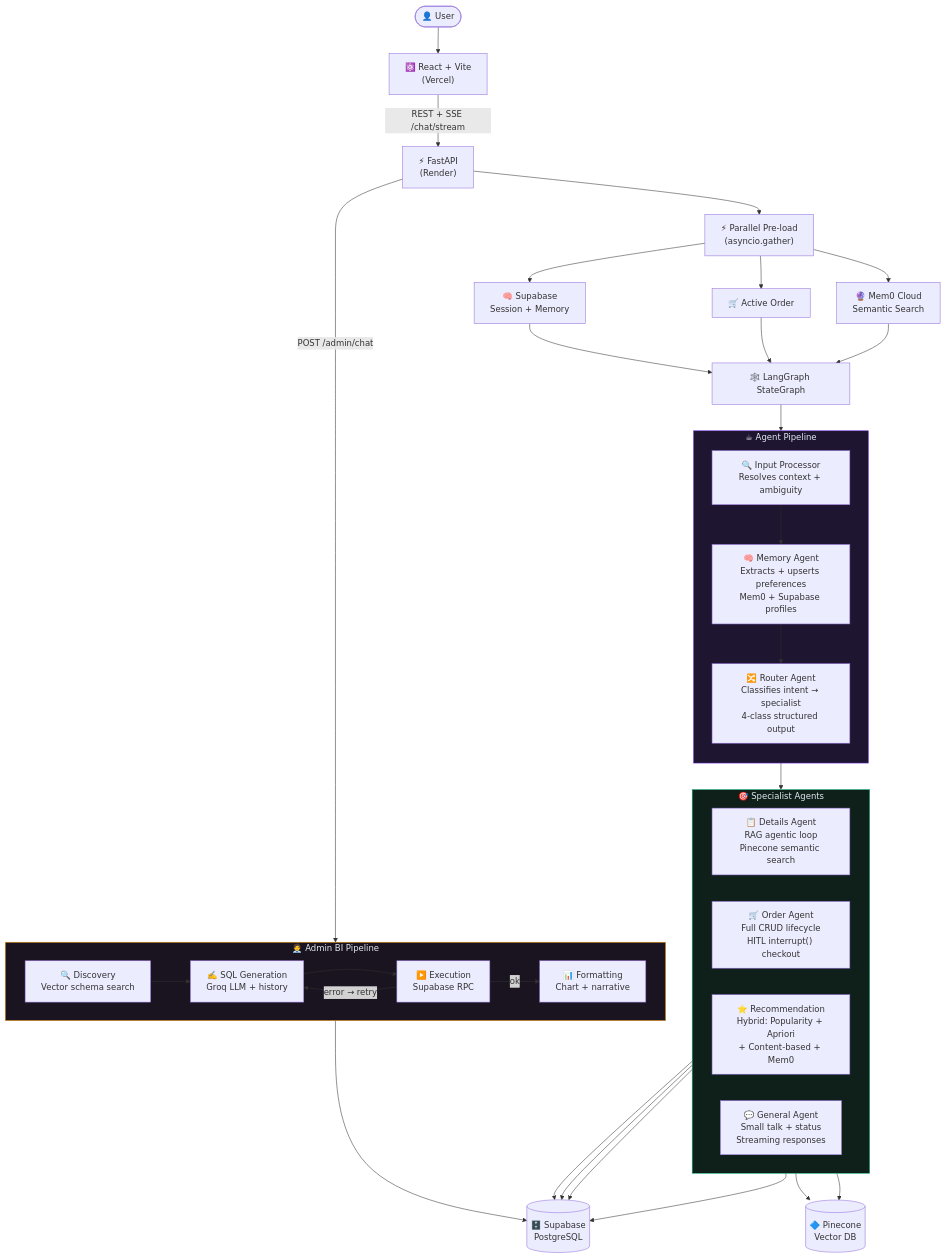
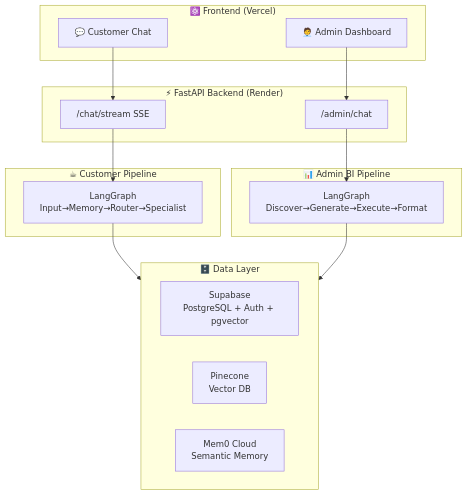
The diagram in README.md (Pandharimaske/Coffee_Shop_ChatBot), drawn with Mermaid before and after one commit. The commit also changed other lines of this file and 2 other files, not shown here.

````diff
--- a/README.md
+++ b/README.md
@@ -56,51 +159,29 @@
 ```mermaid
-flowchart TD
-    User(["👤 User"]) --> FE["⚛️ React + Vite\n(Vercel)"]
-    FE -->|"REST + SSE /chat/stream"| API["⚡ FastAPI\n(Render)"]
-    API --> PRL["⚡ Parallel Pre-load\n(asyncio.gather)"]
-
-    PRL --> SM["🧠 Supabase\nSession + Memory"]
-    PRL --> ORD["🛒 Active Order"]
-    PRL --> M0["🔮 Mem0 Cloud\nSemantic Search"]
-
-    SM & ORD & M0 --> Graph["🕸️ LangGraph StateGraph"]
-
-    subgraph PIPELINE ["☕ Agent Pipeline"]
-        direction TB
-        IP["🔍 Input Processor\nResolves context + ambiguity"]
-        MEM["🧠 Memory Agent\nExtracts + upserts preferences\nMem0 + Supabase profiles"]
-        RTR["🔀 Router Agent\nClassifies intent → specialist\n4-class structured output"]
-
-        IP --> MEM --> RTR
+graph TB
+    subgraph Frontend["⚛️ Frontend (Vercel)"]
+        CB["💬 Customer Chat"]
+        AD["🧑‍💼 Admin Dashboard"]
     end
 
-    subgraph SPECIALISTS ["🎯 Specialist Agents"]
-        direction LR
-        Details["📋 Details Agent\nRAG agentic loop\nPinecone semantic search"]
-        Order["🛒 Order Agent\nFull CRUD lifecycle\nHITL interrupt() checkout"]
-        Recommend["⭐ Recommendation\nHybrid: Popularity + Apriori\n+ Content-based + Mem0"]
-        General["💬 General Agent\nSmall talk + status\nStreaming responses"]
+    subgraph Backend["⚡ FastAPI Backend (Render)"]
+        CR["/chat/stream  SSE"]
+        AR["/admin/chat"]
     end
 
-    Graph --> PIPELINE --> SPECIALISTS
-
-    Details & Order & Recommend & General --> DB[("🗄️ Supabase\nPostgreSQL")]
-    Details & Recommend --> VDB[("🔷 Pinecone\nVector DB")]
-
-    subgraph ADMIN ["🧑‍💼 Admin BI Pipeline"]
-        direction LR
-        Disc["🔍 Discovery\nVector schema search"]
-        Gen["✍️ SQL Generation\nGroq LLM + history"]
-        Exec["▶️ Execution\nSupabase RPC"]
-        Fmt["📊 Formatting\nChart + narrative"]
-        Disc --> Gen --> Exec -->|"error → retry"| Gen
-        Exec -->|"ok"| Fmt
+    subgraph Customer["☕ Customer Pipeline"]
+        CG["LangGraph\nInput→Memory→Router→Specialist"]
     end
 
-    API -->|"POST /admin/chat"| ADMIN
-    ADMIN --> DB
+    subgraph Admin["📊 Admin BI Pipeline"]
+        AG["LangGraph\nDiscover→Generate→Execute→Format"]
+    end
 
-    style PIPELINE fill:#1e1530,stroke:#7c3aed,color:#e2e8f0
-    style SPECIALISTS fill:#0f1f1a,stroke:#10b981,color:#e2e8f0
-    style ADMIN fill:#1a1420,stroke:#f59e0b,color:#e2e8f0
+    subgraph Data["🗄️ Data Layer"]
+        SB["Supabase\nPostgreSQL + Auth + pgvector"]
+        PC["Pinecone\nVector DB"]
+        M0["Mem0 Cloud\nSemantic Memory"]
+    end
+
+    CB --> CR --> CG --> Data
+    AD --> AR --> AG --> Data
 ```
````
